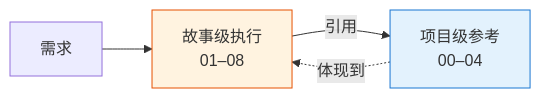
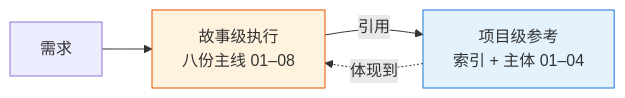
Before and after one commit to effiy/YrY: the first of 3 diagrams in skills/rui/coder.md, drawn with Mermaid. The commit also changed other lines of this file and 2 other files, not shown here.

````diff
--- a/skills/rui/coder.md
+++ b/skills/rui/coder.md
@@ -28,8 +28,8 @@
 ```mermaid
 flowchart LR
-    Req[需求] --> Story[故事级执行<br/>01–08]:::story
-    Story -->|引用| Ref[项目级参考<br/>00–04]:::ref
+    Req[需求] --> Story["故事级执行<br/>八份主线 01–08"]:::story
+    Story -->|引用| Ref["项目级参考<br/>索引 + 主体 01–04"]:::ref
     Ref -.体现到.-> Story
     classDef story fill:#fff3e0,stroke:#e65100;
     classDef ref fill:#e3f2fd,stroke:#1976d2;
 ```
````
